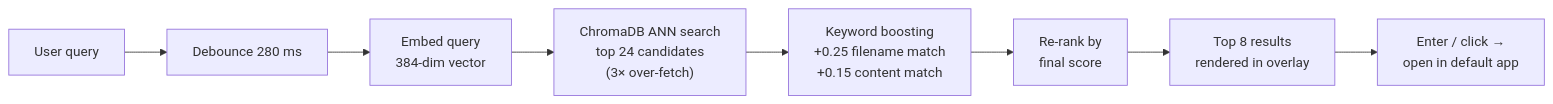
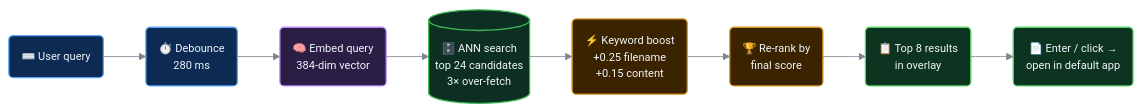
One commit to 7pk5/ODF changed the third of 3 diagrams in README.md. Above: the diagram before and after it, drawn with Mermaid. The commit also changed other lines of this file, not shown here.

````diff
--- a/README.md
+++ b/README.md
@@ -135,10 +182,33 @@
 ```mermaid
+%%{init: {
+  'theme': 'base',
+    'themeCSS': '.node rect, .node circle, .node polygon, .node path { filter: drop-shadow(2px 4px 5px rgba(0,0,0,0.55)); } .cluster rect { filter: drop-shadow(3px 6px 8px rgba(0,0,0,0.45)); } .cluster-label span { color: #e6edf3; font-weight: 600; } .edgeLabel span { color: #adbac7; }',
+  'flowchart': { 'curve': 'basis', 'nodeSpacing': 40, 'rankSpacing': 50 },
+  'themeVariables': {
+    'fontFamily': 'Segoe UI, Helvetica, Arial, sans-serif',
+    'fontSize': '13px',
+    'lineColor': '#7d8590',
+    'textColor': '#adbac7',
+    'edgeLabelBackground': '#161b22'
+  }
+}}%%
 flowchart LR
-    Q["User query"] --> D["Debounce 280 ms"]
-    D --> E["Embed query<br/>384-dim vector"]
-    E --> R["ChromaDB ANN search<br/>top 24 candidates<br/>(3× over-fetch)"]
-    R --> B["Keyword boosting<br/>+0.25 filename match<br/>+0.15 content match"]
-    B --> S["Re-rank by<br/>final score"]
-    S --> T["Top 8 results<br/>rendered in overlay"]
-    T --> O["Enter / click →<br/>open in default app"]
+    Q("⌨️ User query") --> D("⏱️ Debounce<br/>280 ms")
+    D --> E("🧠 Embed query<br/>384-dim vector")
+    E --> R[("🗄️ ANN search<br/>top 24 candidates<br/>3× over-fetch")]
+    R --> B("⚡ Keyword boost<br/>+0.25 filename<br/>+0.15 content")
+    B --> S("🏆 Re-rank by<br/>final score")
+    S --> T("📋 Top 8 results<br/>in overlay")
+    T --> O("📄 Enter / click →<br/>open in default app")
+
+    classDef input fill:#0d2b52,stroke:#58a6ff,stroke-width:1.5px,color:#f0f6fc
+    classDef ai fill:#2a1e45,stroke:#bc8cff,stroke-width:1.5px,color:#f0f6fc
+    classDef store fill:#0c2f21,stroke:#3fb950,stroke-width:1.5px,color:#f0f6fc
+    classDef boost fill:#3b2300,stroke:#d29922,stroke-width:1.5px,color:#f0f6fc
+    classDef result fill:#0d3321,stroke:#56d364,stroke-width:1.5px,color:#f0f6fc
+    class Q,D input
+    class E ai
+    class R store
+    class B,S boost
+    class T,O result
 ```
````
